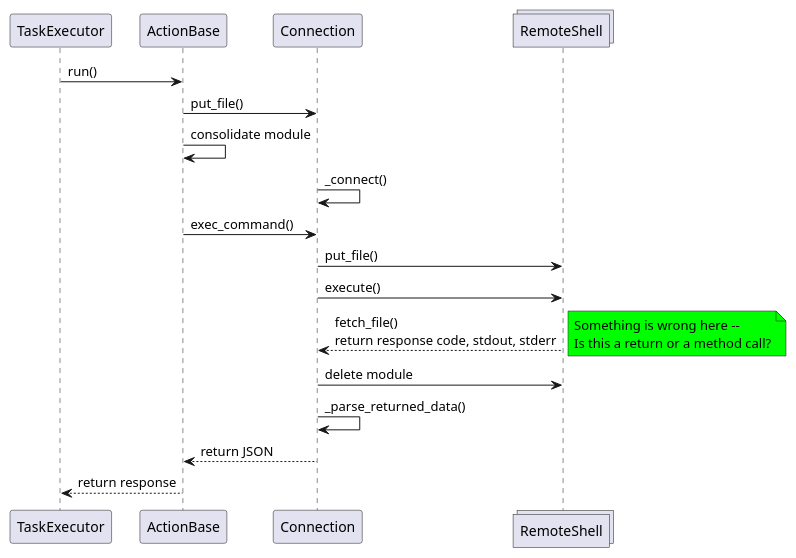
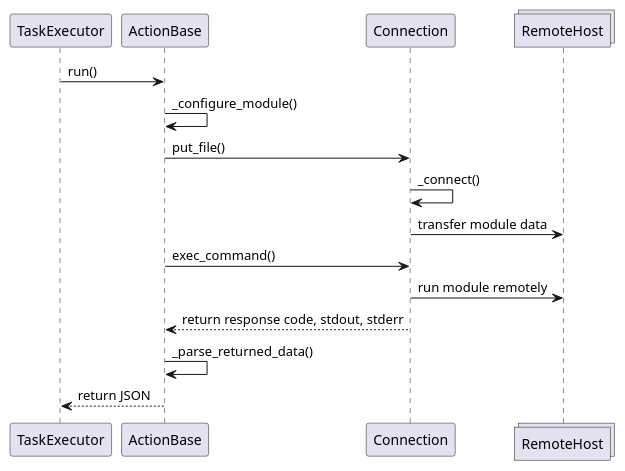
The diagram in project/uml/RemoteExecutionSequence.puml (ezequiels/nazz), drawn with PlantUML before and after one commit. The commit also changed 2 other files, not shown here.

Commit message:
Straightened out issues in remote execution sequence diagram

```diff
--- a/project/uml/RemoteExecutionSequence.puml
+++ b/project/uml/RemoteExecutionSequence.puml
@@ -1,19 +1,23 @@
 @startuml
+
 participant TaskExecutor
 participant ActionBase
 participant Connection
-collections RemoteShell
+collections RemoteHost
+
 TaskExecutor->ActionBase: run()
+
+ActionBase->ActionBase: _configure_module()
 ActionBase->Connection: put_file()
-ActionBase->ActionBase: consolidate module
+
 Connection->Connection: _connect()
+Connection->RemoteHost: transfer module data
+
 ActionBase->Connection: exec_command()
-Connection->RemoteShell: put_file()
-Connection->RemoteShell: execute()
-Connection<--RemoteShell: fetch_file()\nreturn response code, stdout, stderr
-note right #lime: Something is wrong here --\nIs this a return or a method call?
-Connection->RemoteShell: delete module
-Connection->Connection: _parse_returned_data()
-ActionBase<--Connection: return JSON
-TaskExecutor<--ActionBase: return response
+Connection->RemoteHost: run module remotely
+ActionBase<--Connection: return response code, stdout, stderr
+
+ActionBase->ActionBase: _parse_returned_data()
+TaskExecutor<--ActionBase: return JSON
+
 @enduml
```
